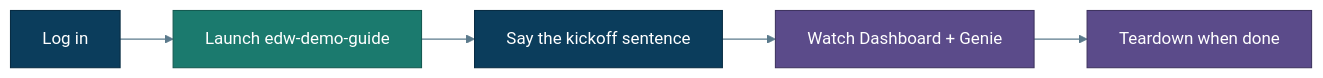
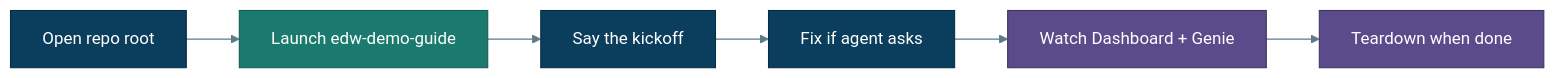
Before and after one commit to Jericho2010/edwmigration: the first of 2 diagrams in docs/guided-demo.md, drawn with Mermaid. The commit also changed other lines of this file and 56 other files, not shown here.

````diff
--- a/docs/guided-demo.md
+++ b/docs/guided-demo.md
@@ -9,14 +9,15 @@
 ```mermaid
 %%{init: {"theme":"base","themeVariables":{"primaryColor":"#E8F1F8","primaryTextColor":"#0B3D5C","primaryBorderColor":"#0B3D5C","lineColor":"#5B7A8C","secondaryColor":"#E6F4F1","tertiaryColor":"#F7F3EA","background":"#FFFFFF","mainBkg":"#E8F1F8","clusterBkg":"#F7FAFC","clusterBorder":"#5B7A8C","titleColor":"#0B3D5C","edgeLabelBackground":"#FFFFFF"}}}%%
 flowchart LR
-  L[Log in] --> G[Launch edw-demo-guide]
-  G --> S[Say the kickoff sentence]
-  S --> W[Watch Dashboard + Genie]
+  O[Open repo root] --> G[Launch edw-demo-guide]
+  G --> S[Say the kickoff]
+  S --> F[Fix if agent asks]
+  F --> W[Watch Dashboard + Genie]
   W --> T[Teardown when done]
   classDef user fill:#0B3D5C,stroke:#082C43,color:#fff
   classDef agent fill:#1B7A6E,stroke:#145A51,color:#fff
   classDef ops fill:#5B4B8A,stroke:#3F3460,color:#fff
-  class L,S user
+  class O,S,F user
   class G agent
   class W,T ops
 ```
````
